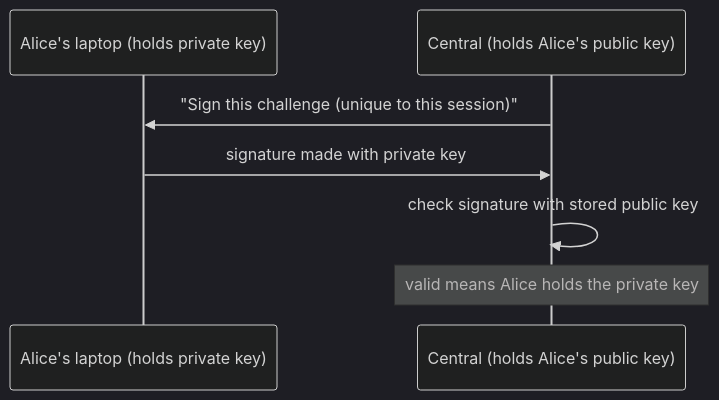
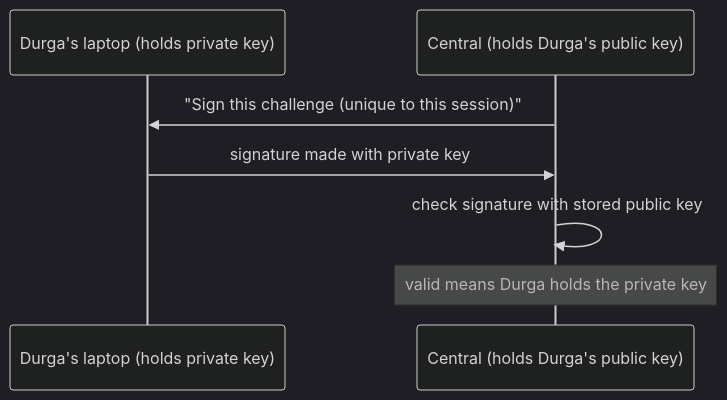
One commit to mirastacklabs-ai/mirafleet changed the first of 5 diagrams in docs/guide/02-background.md. Above: the diagram before and after it, drawn with Mermaid (dark theme). The commit also changed other lines of this file and 7 other files, not shown here.

````diff
--- a/docs/guide/02-background.md
+++ b/docs/guide/02-background.md
@@ -47,9 +47,9 @@
 ```mermaid
 sequenceDiagram
-    participant A as Alice's laptop (holds private key)
-    participant C as Central (holds Alice's public key)
+    participant A as Durga's laptop (holds private key)
+    participant C as Central (holds Durga's public key)
     C->>A: "Sign this challenge (unique to this session)"
     A->>C: signature made with private key
     C->>C: check signature with stored public key
-    Note over C: valid means Alice holds the private key
+    Note over C: valid means Durga holds the private key
 ```
````
